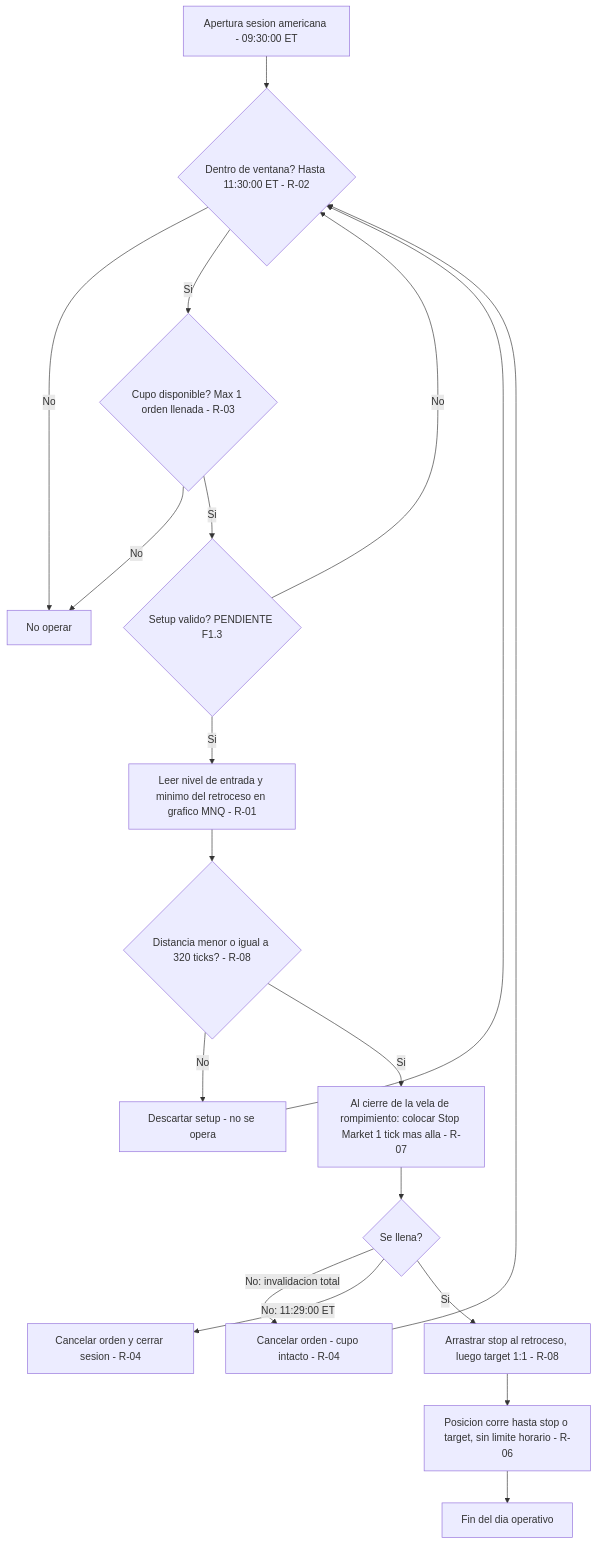
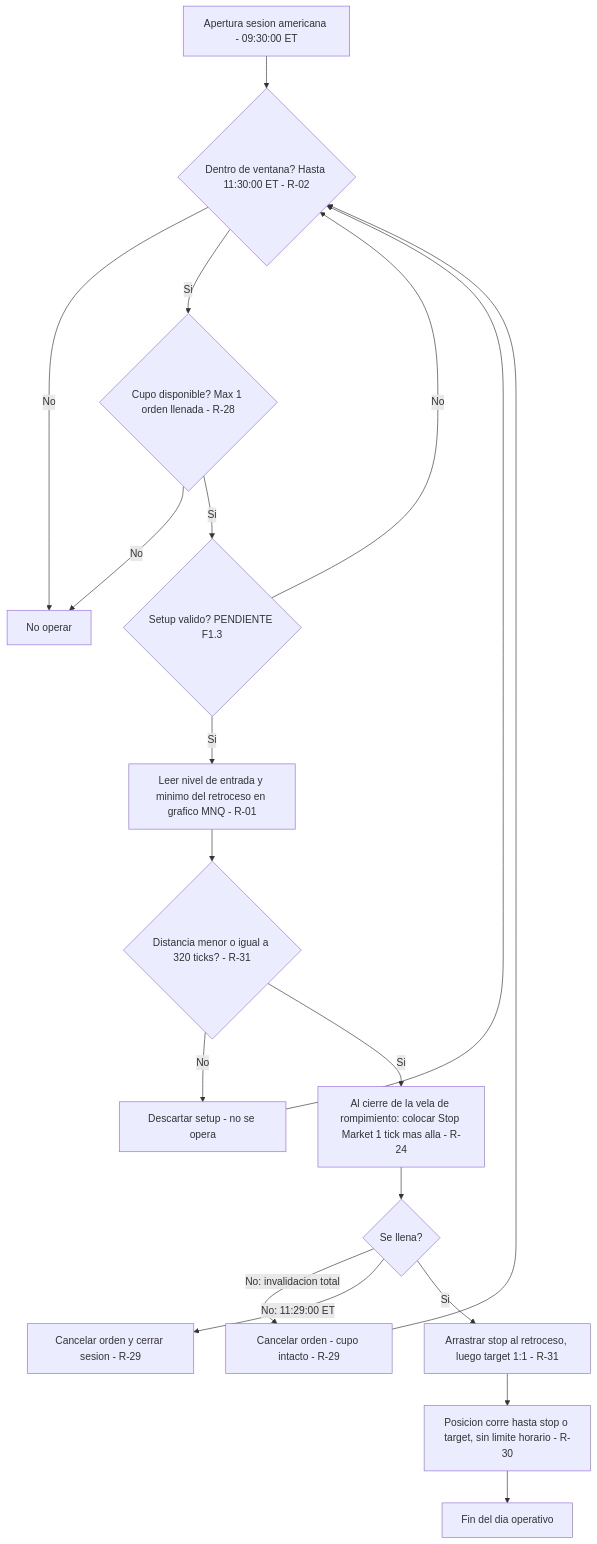
The first of 2 diagrams in 01_Plan/TRADING_PLAN_CHAUMER.md (kristeb-trader/Trading_Plan), drawn with Mermaid before and after one commit. The commit also changed other lines of this file and 25 other files, not shown here.

````diff
--- a/01_Plan/TRADING_PLAN_CHAUMER.md
+++ b/01_Plan/TRADING_PLAN_CHAUMER.md
@@ -460,21 +975,21 @@
 ```mermaid
 flowchart TD
     A["Apertura sesion americana - 09:30:00 ET"] --> B{"Dentro de ventana? Hasta 11:30:00 ET - R-02"}
     B -- No --> Z["No operar"]
-    B -- Si --> C{"Cupo disponible? Max 1 orden llenada - R-03"}
+    B -- Si --> C{"Cupo disponible? Max 1 orden llenada - R-28"}
     C -- No --> Z
     C -- Si --> D{"Setup valido? PENDIENTE F1.3"}
     D -- No --> B
     D -- Si --> E["Leer nivel de entrada y minimo del retroceso en grafico MNQ - R-01"]
-    E --> F{"Distancia menor o igual a 320 ticks? - R-08"}
+    E --> F{"Distancia menor o igual a 320 ticks? - R-31"}
     F -- No --> Y["Descartar setup - no se opera"]
     Y --> B
-    F -- Si --> G["Al cierre de la vela de rompimiento: colocar Stop Market 1 tick mas alla - R-07"]
+    F -- Si --> G["Al cierre de la vela de rompimiento: colocar Stop Market 1 tick mas alla - R-24"]
     G --> H{"Se llena?"}
-    H -- "No: invalidacion total" --> I["Cancelar orden - cupo intacto - R-04"]
+    H -- "No: invalidacion total" --> I["Cancelar orden - cupo intacto - R-29"]
     I --> B
-    H -- "No: 11:29:00 ET" --> J["Cancelar orden y cerrar sesion - R-04"]
-    H -- Si --> K["Arrastrar stop al retroceso, luego target 1:1 - R-08"]
-    K --> L["Posicion corre hasta stop o target, sin limite horario - R-06"]
+    H -- "No: 11:29:00 ET" --> J["Cancelar orden y cerrar sesion - R-29"]
+    H -- Si --> K["Arrastrar stop al retroceso, luego target 1:1 - R-31"]
+    K --> L["Posicion corre hasta stop o target, sin limite horario - R-30"]
     L --> M["Fin del dia operativo"]
 ```
````
